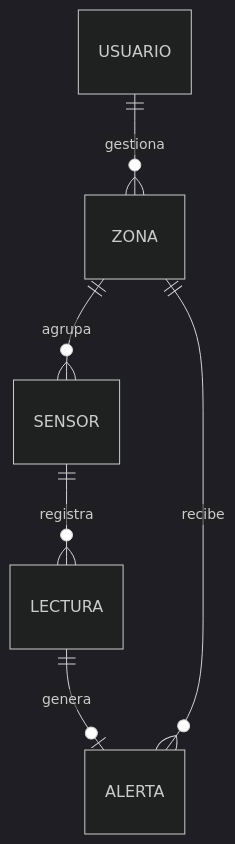
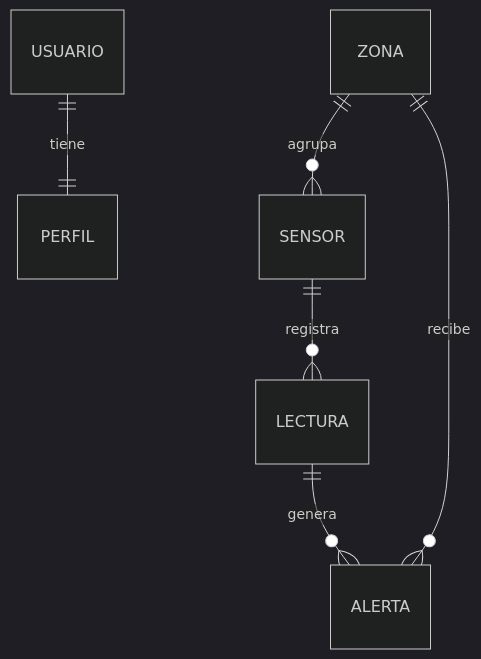
The diagram in README.md (diarpicu2022-commits/hidromon), drawn with Mermaid (dark theme) before and after one commit. The commit also changed other lines of this file, not shown here.

````diff
--- a/README.md
+++ b/README.md
@@ -36,8 +35,8 @@
 ```mermaid
 erDiagram
-    USUARIO ||--o{ ZONA : gestiona
+    USUARIO ||--|| PERFIL : tiene
     ZONA ||--o{ SENSOR : agrupa
     SENSOR ||--o{ LECTURA : registra
-    LECTURA ||--o| ALERTA : genera
+    LECTURA ||--o{ ALERTA : genera
     ZONA ||--o{ ALERTA : recibe
 ```
````
